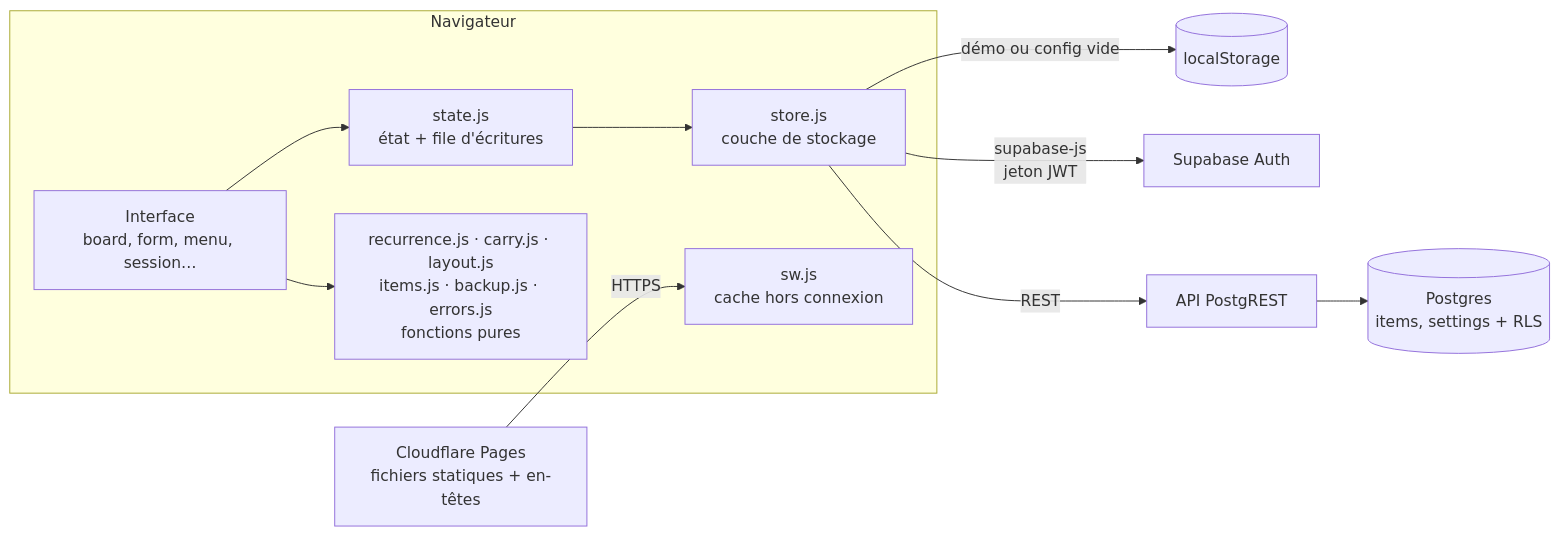
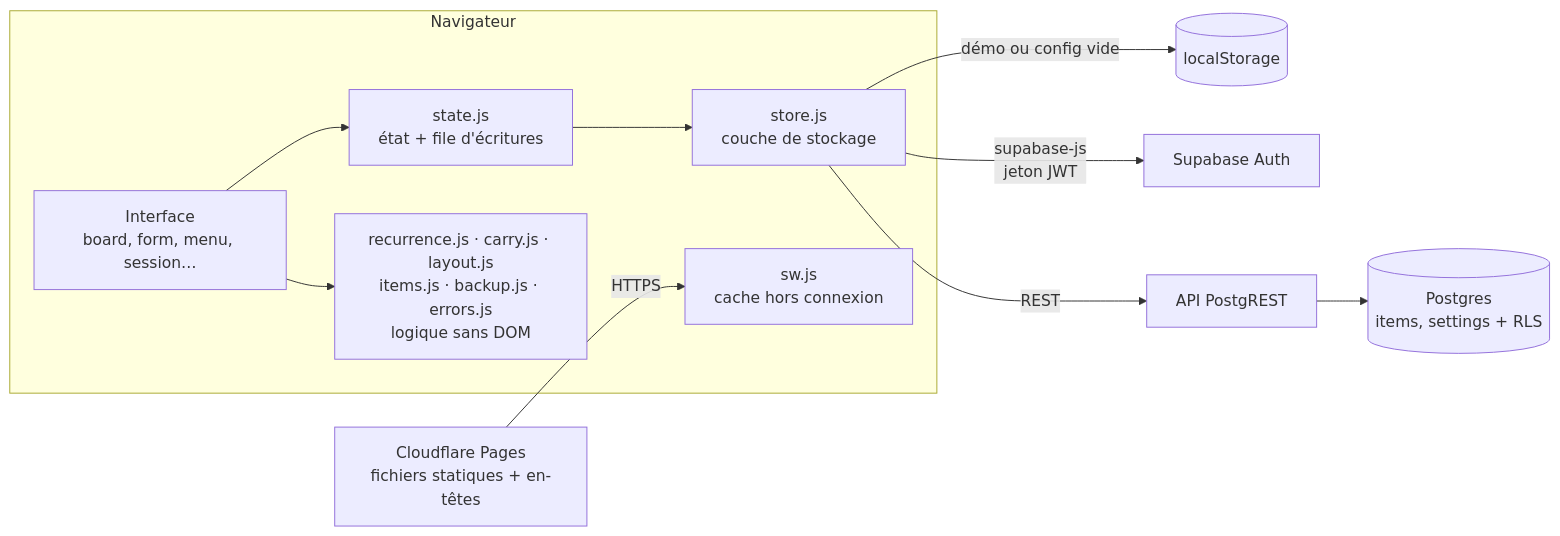
The diagram in README.md (CadGeff/Planning), drawn with Mermaid before and after one commit. The commit also changed other lines of this file and 12 other files, not shown here.

````diff
--- a/README.md
+++ b/README.md
@@ -57,14 +57,14 @@
 ```mermaid
 flowchart LR
     subgraph Navigateur
         UI["Interface<br/>board, form, menu, session…"] --> ST["state.js<br/>état + file d'écritures"]
-        UI --> REC["recurrence.js · carry.js · layout.js<br/>items.js · backup.js · errors.js<br/>fonctions pures"]
+        UI --> REC["recurrence.js · carry.js · layout.js<br/>items.js · backup.js · errors.js<br/>logique sans DOM"]
         ST --> STO["store.js<br/>couche de stockage"]
         SW["sw.js<br/>cache hors connexion"]
     end
     CF["Cloudflare Pages<br/>fichiers statiques + en-têtes"] -->|HTTPS| SW
     STO -->|"démo ou config vide"| LS[("localStorage")]
     STO -->|"supabase-js<br/>jeton JWT"| AUTH["Supabase Auth"]
     STO -->|REST| API["API PostgREST"]
     API --> PG[("Postgres<br/>items, settings + RLS")]
 ```
````
